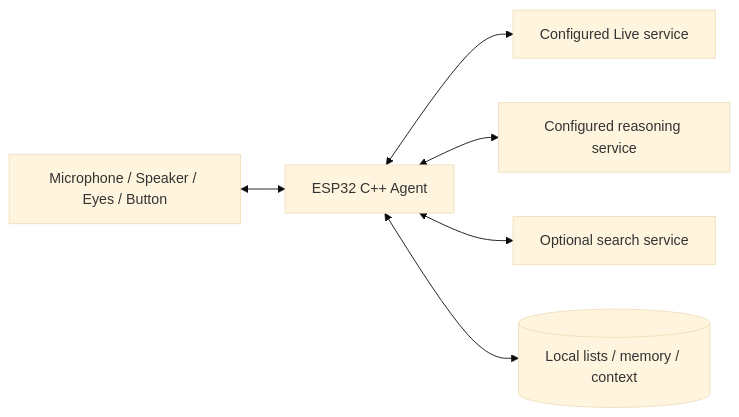
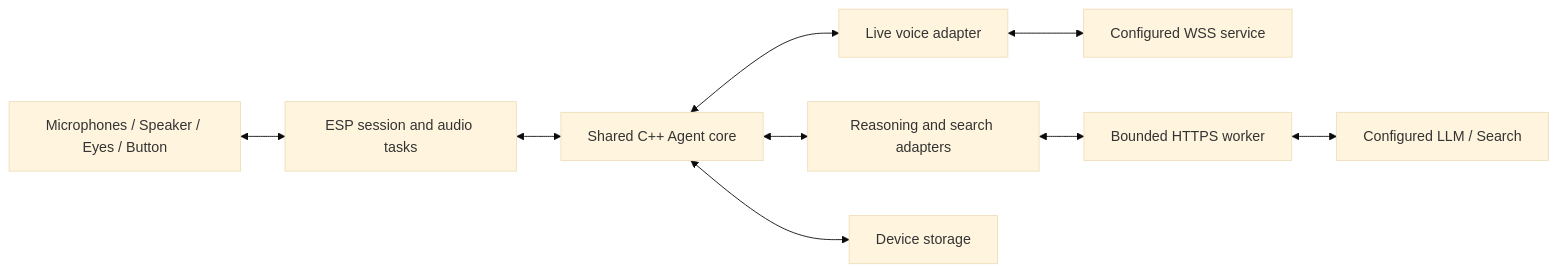
The diagram in docs/architecture.md (skiyo/pikoo), drawn with Mermaid (base theme) before and after one commit. The commit also changed other lines of this file and 53 other files, not shown here.

````diff
--- a/docs/architecture.md
+++ b/docs/architecture.md
@@ -5,8 +7,11 @@
 ```mermaid
 flowchart LR
-    Hardware[Microphone / Speaker / Eyes / Button] <--> Agent[ESP32 C++ Agent]
-    Agent <--> Live[Configured Live service]
-    Agent <--> LLM[Configured reasoning service]
-    Agent <--> Search[Optional search service]
-    Agent <--> Store[(Local lists / memory / context)]
+    HW[Microphones / Speaker / Eyes / Button] <--> Session[ESP session and audio tasks]
+    Session <--> Core[Shared C++ Agent core]
+    Core <--> Live[Live voice adapter]
+    Core <--> Backend[Reasoning and search adapters]
+    Live <--> Voice[Configured WSS service]
+    Backend <--> Worker[Bounded HTTPS worker]
+    Worker <--> Services[Configured LLM / Search]
+    Core <--> Store[Device storage]
 ```
````
